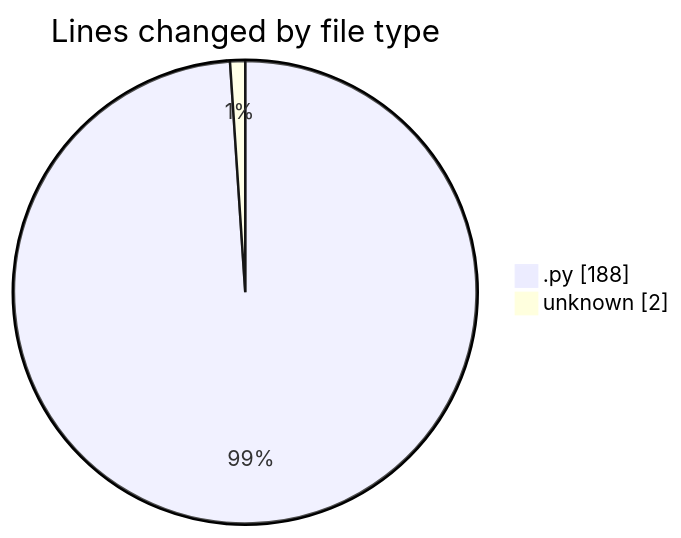
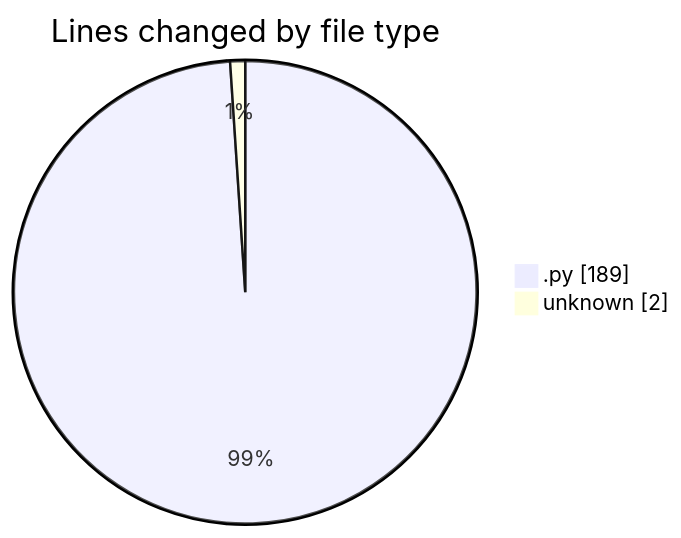
One commit to CELIANVF/code-tracking changed the first of 2 diagrams in 2025-01-21/monteur_automatique/README.md. Above: the diagram before and after it, drawn with Mermaid. The commit also changed other lines of this file and 1 other file, not shown here.

````diff
--- a/2025-01-21/monteur_automatique/README.md
+++ b/2025-01-21/monteur_automatique/README.md
@@ -23,6 +23,6 @@
 ```mermaid
 pie showData
 title Lines changed by file type
-".py" : 188
+".py" : 189
 "unknown" : 2
 ```
````
